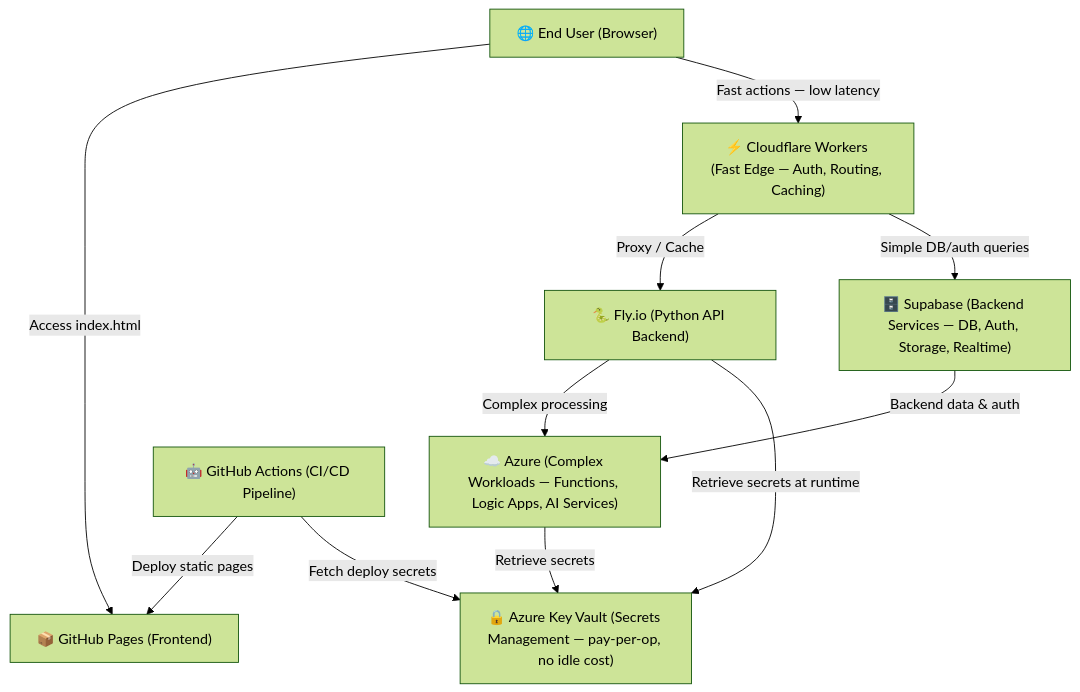
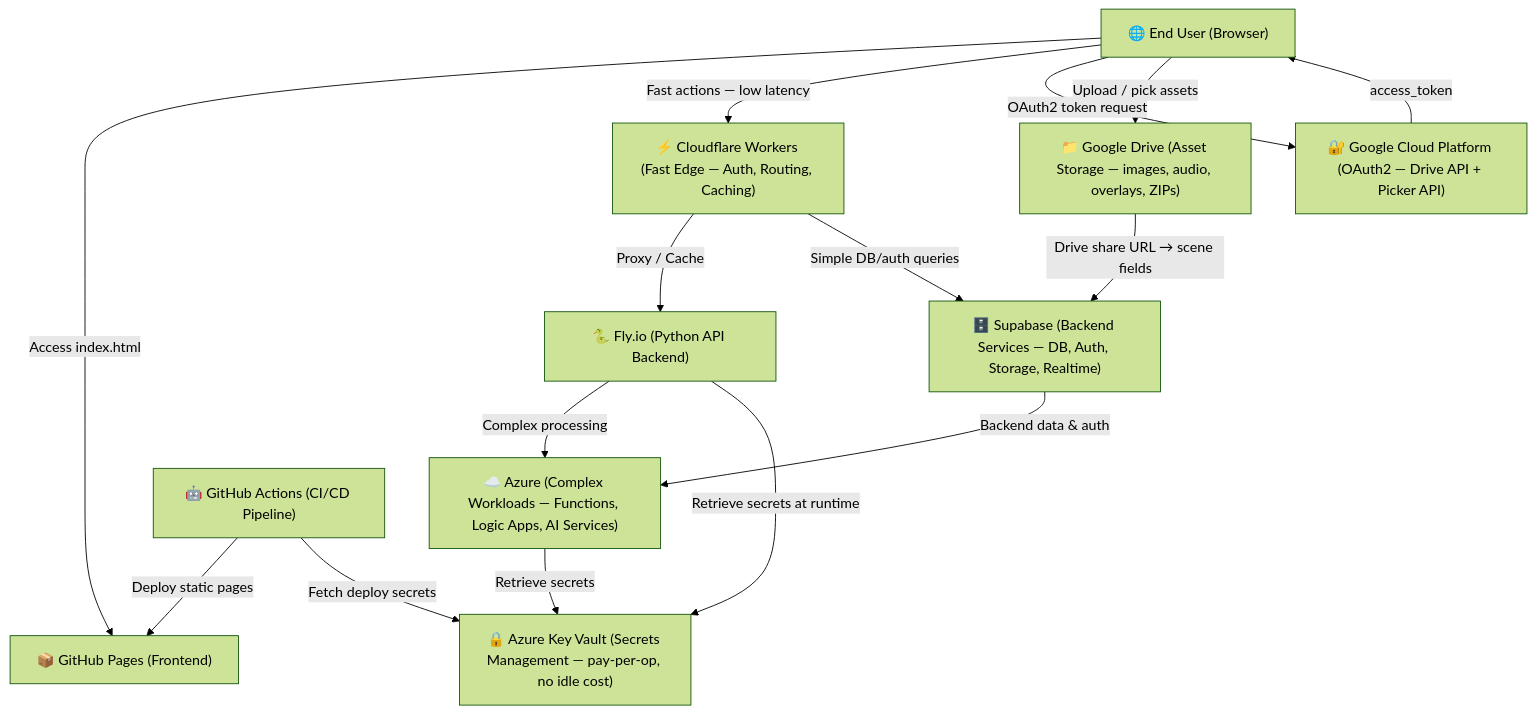
One commit to rifaterdemsahin/claude-architect-certification changed the diagram in 2_Environment/1_architecture.md. Above: the diagram before and after it, drawn with Mermaid (forest theme). The commit also changed other lines of this file and 2 other files, not shown here.

First line of the commit message:
docs(formula,environment): Google Drive full setup guide + architecture update

````diff
--- a/2_Environment/1_architecture.md
+++ b/2_Environment/1_architecture.md
@@ -12,23 +12,30 @@
 ```mermaid
 graph TD
     User["🌐 End User (Browser)"]
     GitHubPages["📦 GitHub Pages (Frontend)"]
     CloudflareWorkers["⚡ Cloudflare Workers (Fast Edge — Auth, Routing, Caching)"]
     Supabase["🗄️ Supabase (Backend Services — DB, Auth, Storage, Realtime)"]
     FlyIO["🐍 Fly.io (Python API Backend)"]
     AzureKeyVault["🔒 Azure Key Vault (Secrets Management — pay-per-op, no idle cost)"]
     AzureComplex["☁️ Azure (Complex Workloads — Functions, Logic Apps, AI Services)"]
     GitHubActions["🤖 GitHub Actions (CI/CD Pipeline)"]
 
+    GoogleDrive["📁 Google Drive (Asset Storage — images, audio, overlays, ZIPs)"]
+    GCP["🔐 Google Cloud Platform (OAuth2 — Drive API + Picker API)"]
+
     User -->|Access index.html| GitHubPages
     User -->|Fast actions — low latency| CloudflareWorkers
+    User -->|OAuth2 token request| GCP
+    GCP -->|access_token| User
+    User -->|Upload / pick assets| GoogleDrive
+    GoogleDrive -->|Drive share URL → scene fields| Supabase
     CloudflareWorkers -->|Proxy / Cache| FlyIO
     CloudflareWorkers -->|Simple DB/auth queries| Supabase
     FlyIO -->|Complex processing| AzureComplex
     FlyIO -->|Retrieve secrets at runtime| AzureKeyVault
     AzureComplex -->|Retrieve secrets| AzureKeyVault
     Supabase -->|Backend data & auth| AzureComplex
 
     GitHubActions -->|Deploy static pages| GitHubPages
     GitHubActions -->|Fetch deploy secrets| AzureKeyVault
 ```
````
